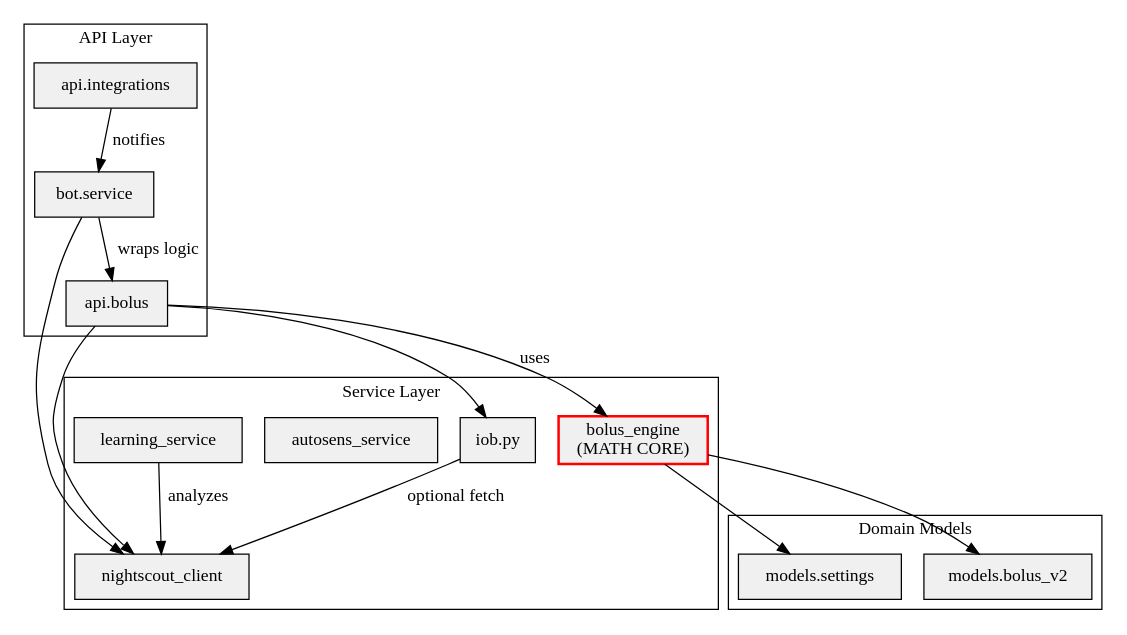
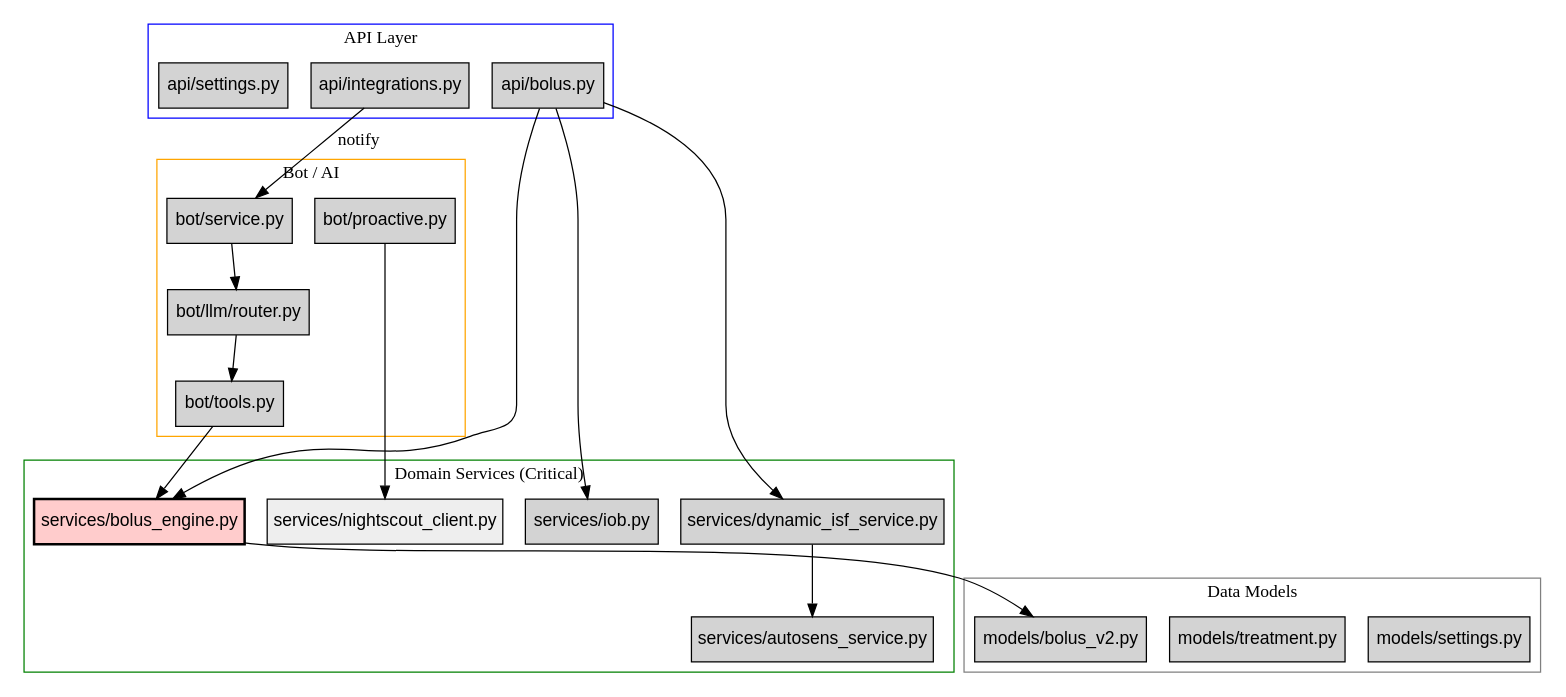
Before and after one commit to DanielGTdiabetes/bolus_ai: the third of 3 diagrams in docs/ARCHITECTURE_MAP.md, drawn with Graphviz. The commit also changed other lines of this file, not shown here.

````diff
--- a/docs/ARCHITECTURE_MAP.md
+++ b/docs/ARCHITECTURE_MAP.md
@@ -134,47 +143,55 @@
 ```dot
 digraph ModuleMap {
     rankdir=TB;
-    node [shape=box, style=filled, fillcolor="#f0f0f0"];
+    node [shape=box, style=filled, fontname="Arial"];
 
     subgraph cluster_api {
-        label="API Layer";
-        fillcolor="#e1f5fe";
-        api_bolus [label="api.bolus"];
-        api_integrations [label="api.integrations"];
-        bot_service [label="bot.service"];
+        label = "API Layer";
+        color = blue;
+        "api/bolus.py";
+        "api/integrations.py";
+        "api/settings.py";
     }
 
     subgraph cluster_services {
-        label="Service Layer";
-        fillcolor="#fff9c4";
-        bolus_engine [label="bolus_engine\n(MATH CORE)", color=red, penwidth=2];
-        iob_engine [label="iob.py"];
-        ns_client [label="nightscout_client"];
-        autosens [label="autosens_service"];
-        learning [label="learning_service"];
+        label = "Domain Services (Critical)";
+        color = green;
+        "services/bolus_engine.py" [style="filled,bold", fillcolor="#ffcccc"];
+        "services/iob.py";
+        "services/dynamic_isf_service.py";
+        "services/autosens_service.py";
+        "services/nightscout_client.py" [fillcolor="#eeeeee"];
     }
 
-    subgraph cluster_domain {
-        label="Domain Models";
-        settings_model [label="models.settings"];
-        bolus_model [label="models.bolus_v2"];
+    subgraph cluster_bot {
+        label = "Bot / AI";
+        color = orange;
+        "bot/service.py";
+        "bot/proactive.py";
+        "bot/llm/router.py";
+        "bot/tools.py";
     }
 
-    # Dependencias Criticas
-    api_bolus -> bolus_engine [label="uses"];
-    api_bolus -> iob_engine;
-    api_bolus -> ns_client;
+    subgraph cluster_models {
+        label = "Data Models";
+        color = grey;
+        "models/settings.py";
+        "models/treatment.py";
+        "models/bolus_v2.py";
+    }
+
+    "api/bolus.py" -> "services/bolus_engine.py";
+    "api/bolus.py" -> "services/iob.py";
+    "api/bolus.py" -> "services/dynamic_isf_service.py";
     
-    bolus_engine -> bolus_model;
-    bolus_engine -> settings_model;
-
-    bot_service -> api_bolus [label="wraps logic"];
-    bot_service -> ns_client;
-
-    api_integrations -> bot_service [label="notifies"];
+    "services/bolus_engine.py" -> "models/bolus_v2.py";
+    "services/dynamic_isf_service.py" -> "services/autosens_service.py";
     
-    iob_engine -> ns_client [label="optional fetch"];
+    "bot/service.py" -> "bot/llm/router.py";
+    "bot/llm/router.py" -> "bot/tools.py";
+    "bot/tools.py" -> "services/bolus_engine.py";
     
-    learning -> ns_client [label="analyzes"];
+    "api/integrations.py" -> "bot/service.py" [label="notify"];
+    "bot/proactive.py" -> "services/nightscout_client.py";
 }
 ```
````
